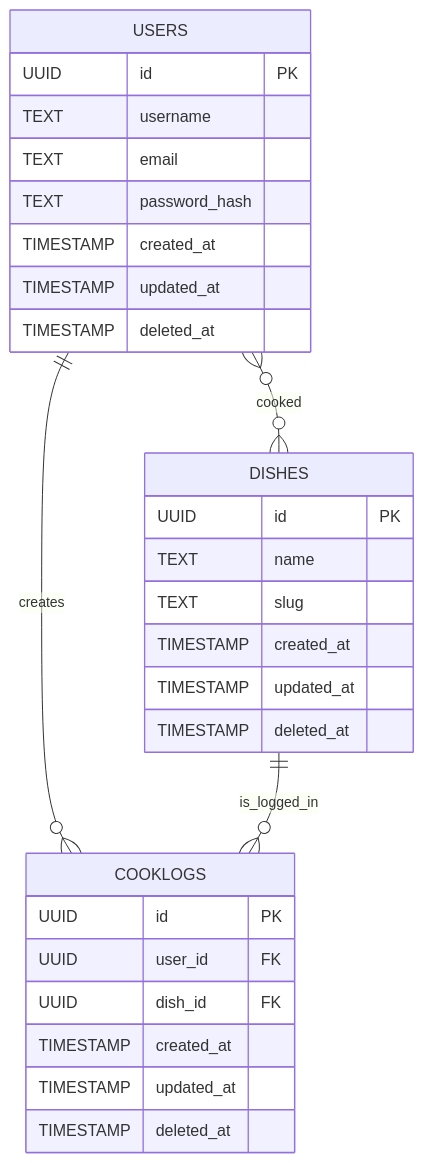
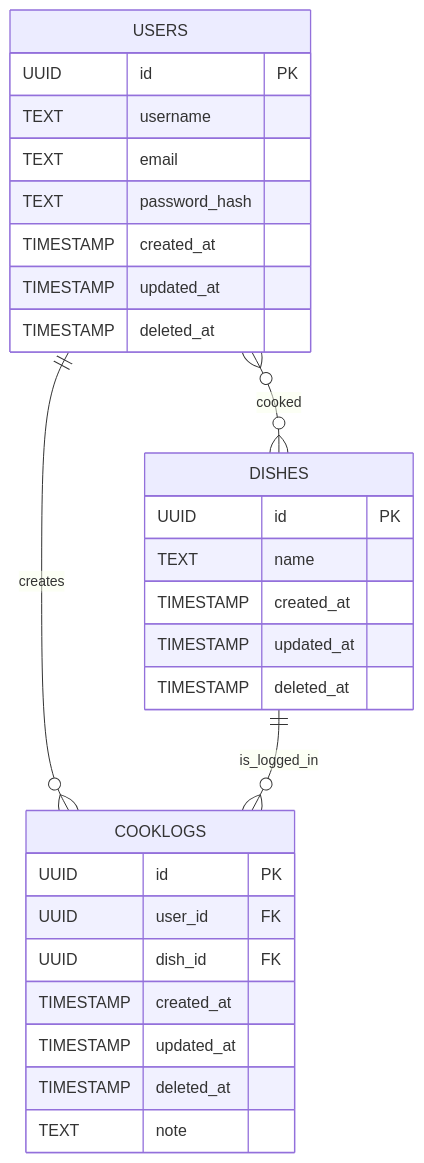
Before and after one commit to manav-gkmit/kya-saabzi-docs: the diagram in docs/architecture/data-model.md, drawn with Mermaid. The commit also changed other lines of this file and 2 other files, not shown here.

Commit message:
chore: Update test plan and data model

````diff
--- a/docs/architecture/data-model.md
+++ b/docs/architecture/data-model.md
@@ -7,34 +7,34 @@
 ```mermaid
 erDiagram
     USERS {
         UUID id PK
         TEXT username
         TEXT email
         TEXT password_hash
         TIMESTAMP created_at
         TIMESTAMP updated_at
         TIMESTAMP deleted_at
     }
 
     DISHES {
         UUID id PK
         TEXT name
-        TEXT slug
         TIMESTAMP created_at
         TIMESTAMP updated_at
         TIMESTAMP deleted_at
     }
 
     COOKLOGS {
         UUID id PK
         UUID user_id FK
         UUID dish_id FK
         TIMESTAMP created_at
         TIMESTAMP updated_at
         TIMESTAMP deleted_at
+        TEXT note
     }
 
     USERS ||--o{ COOKLOGS : creates
     DISHES ||--o{ COOKLOGS : is_logged_in
     USERS }o--o{ DISHES : cooked
 ```
````
